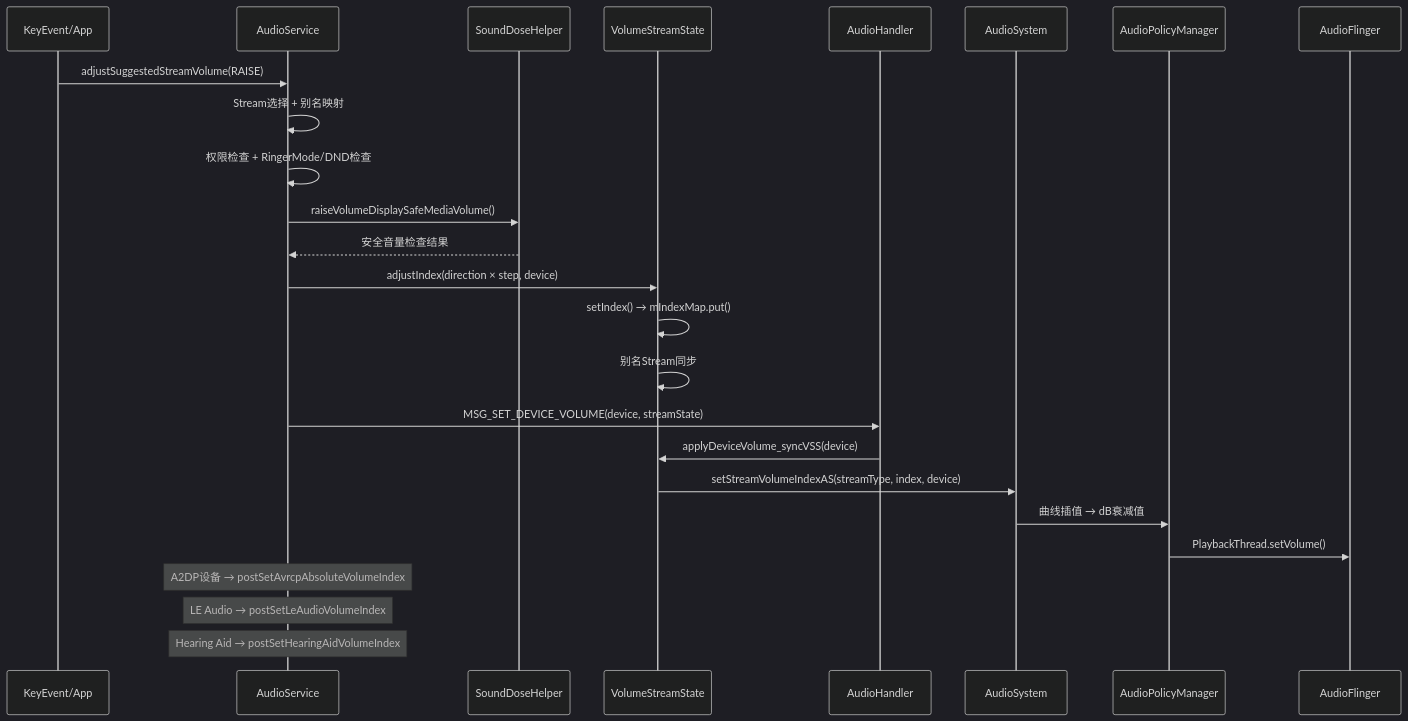
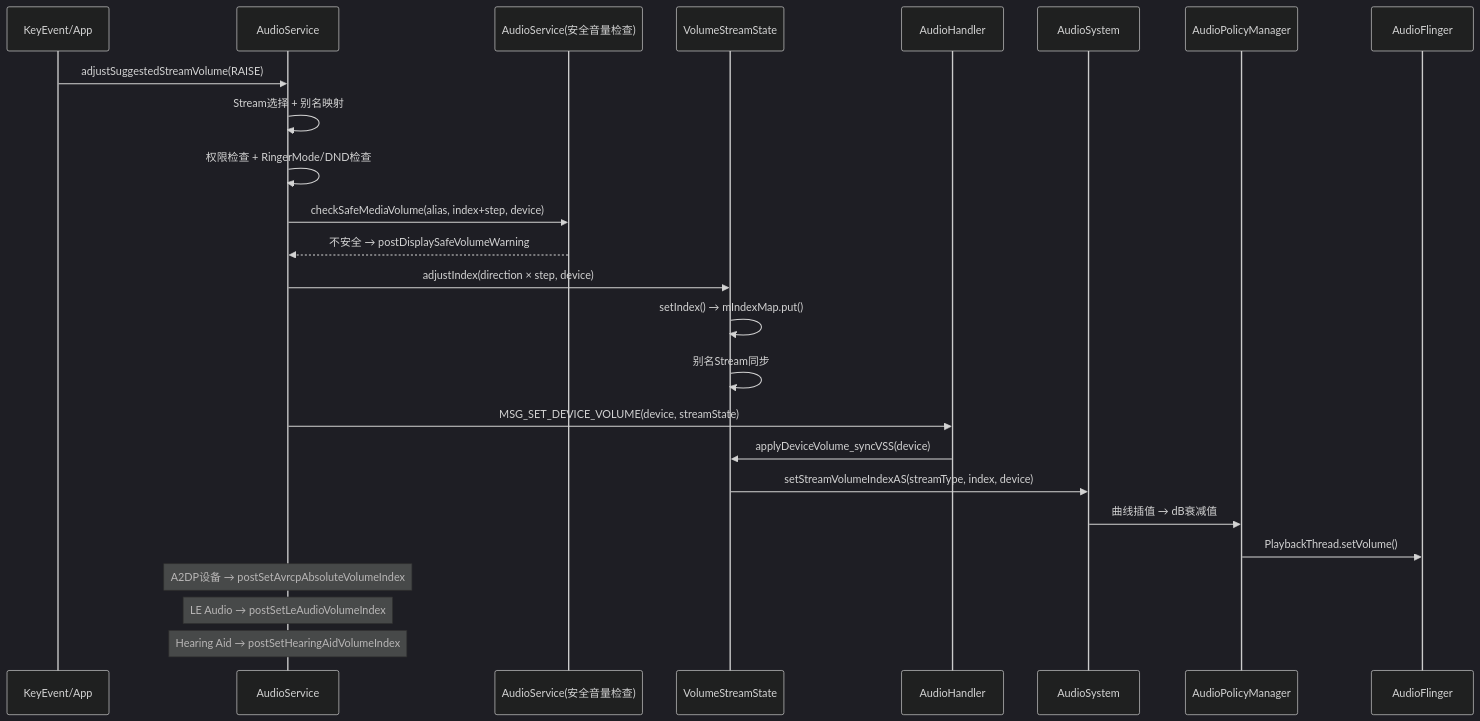
The third of 6 diagrams in 13_Volume_Device_Deep_Dive/13_13.1_Volume状态机.md (yanglinzhen1022/SA8295_AAOS_QNX_Audio_KnowledgeBase), drawn with Mermaid (dark theme) before and after one commit. The commit also changed other lines of this file and 6 other files, not shown here.

````diff
--- a/13_Volume_Device_Deep_Dive/13_13.1_Volume状态机.md
+++ b/13_Volume_Device_Deep_Dive/13_13.1_Volume状态机.md
@@ -278,29 +279,29 @@
 ```mermaid
 sequenceDiagram
     participant KE as KeyEvent/App
     participant AS as AudioService
-    participant SDH as SoundDoseHelper
+    participant SDH as AudioService(安全音量检查)
     participant VSS as VolumeStreamState
     participant AH as AudioHandler
     participant ASYS as AudioSystem
     participant APM as AudioPolicyManager
     participant AF as AudioFlinger
     
     KE->>AS: adjustSuggestedStreamVolume(RAISE)
     AS->>AS: Stream选择 + 别名映射
     AS->>AS: 权限检查 + RingerMode/DND检查
-    AS->>SDH: raiseVolumeDisplaySafeMediaVolume()
-    SDH-->>AS: 安全音量检查结果
+    AS->>SDH: checkSafeMediaVolume(alias, index+step, device)
+    SDH-->>AS: 不安全 → postDisplaySafeVolumeWarning
     AS->>VSS: adjustIndex(direction × step, device)
     VSS->>VSS: setIndex() → mIndexMap.put()
     VSS->>VSS: 别名Stream同步
     AS->>AH: MSG_SET_DEVICE_VOLUME(device, streamState)
     AH->>VSS: applyDeviceVolume_syncVSS(device)
     VSS->>ASYS: setStreamVolumeIndexAS(streamType, index, device)
     ASYS->>APM: 曲线插值 → dB衰减值
     APM->>AF: PlaybackThread.setVolume()
     
     Note over AS: A2DP设备 → postSetAvrcpAbsoluteVolumeIndex
     Note over AS: LE Audio → postSetLeAudioVolumeIndex
     Note over AS: Hearing Aid → postSetHearingAidVolumeIndex
 ```
````
